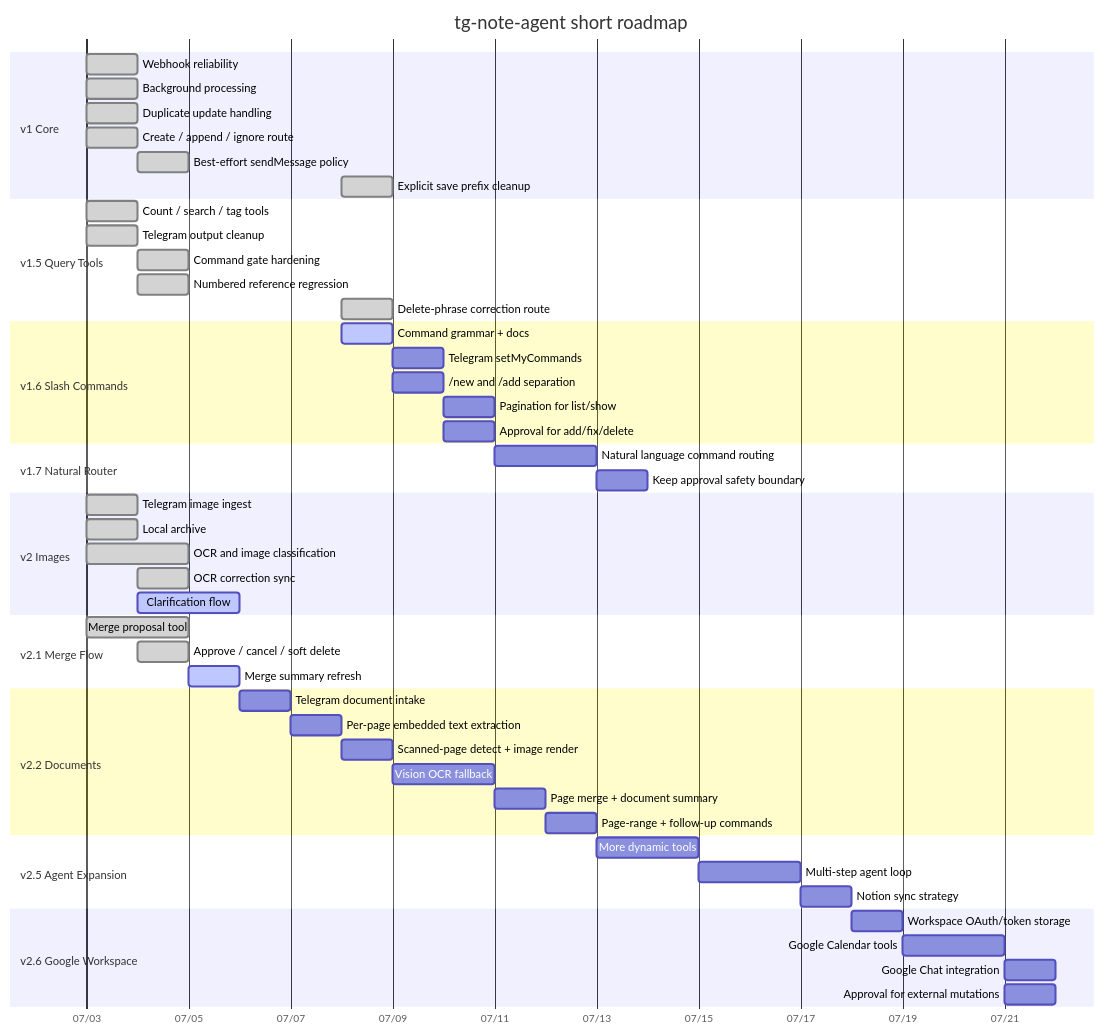
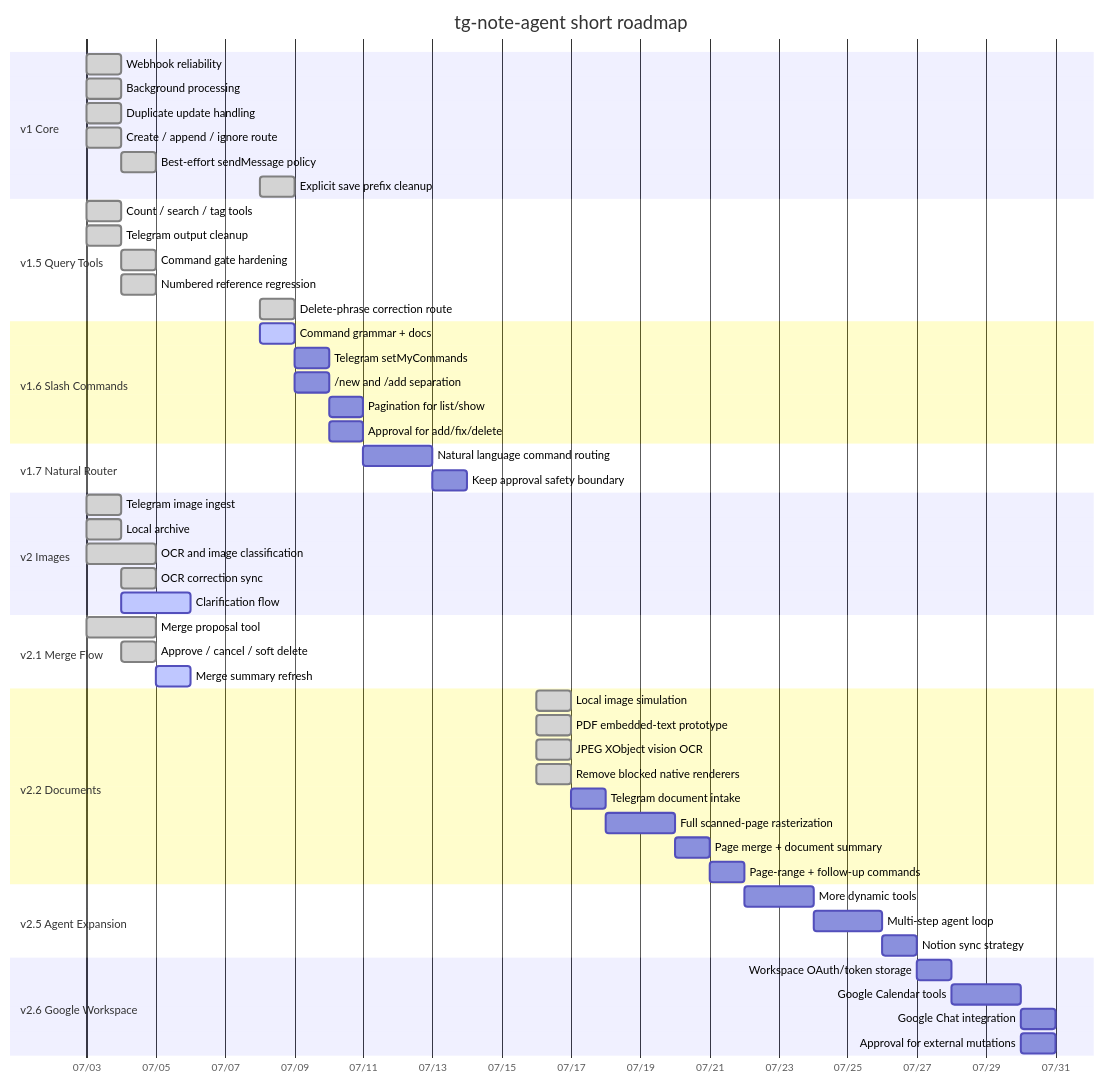
One commit to Transient-Onlooker/tg-note-agent changed the diagram in docs/ROADMAP.md. Above: the diagram before and after it, drawn with Mermaid. The commit also changed other lines of this file and 2 other files, not shown here.

Commit message:
Reflect local PDF test pipeline in diagrams

````diff
--- a/docs/ROADMAP.md
+++ b/docs/ROADMAP.md
@@ -51,63 +52,65 @@
 ```mermaid
 gantt
     title tg-note-agent short roadmap
     dateFormat  YYYY-MM-DD
     axisFormat  %m/%d
 
     section v1 Core
     Webhook reliability             :done, v1a, 2026-07-03, 1d
     Background processing           :done, v1b, 2026-07-03, 1d
     Duplicate update handling       :done, v1c, 2026-07-03, 1d
     Create / append / ignore route  :done, v1d, 2026-07-03, 1d
     Best-effort sendMessage policy  :done, v1e, 2026-07-04, 1d
     Explicit save prefix cleanup    :done, v1f, 2026-07-08, 1d
 
     section v1.5 Query Tools
     Count / search / tag tools      :done, v15a, 2026-07-03, 1d
     Telegram output cleanup         :done, v15b, 2026-07-03, 1d
     Command gate hardening          :done, v15c, 2026-07-04, 1d
     Numbered reference regression   :done, v15d, 2026-07-04, 1d
     Delete-phrase correction route  :done, v15e, 2026-07-08, 1d
 
     section v1.6 Slash Commands
     Command grammar + docs          :active, v16a, 2026-07-08, 1d
     Telegram setMyCommands          :v16b, after v16a, 1d
     /new and /add separation        :v16c, after v16a, 1d
     Pagination for list/show        :v16d, after v16b, 1d
     Approval for add/fix/delete     :v16e, after v16c, 1d
 
     section v1.7 Natural Router
     Natural language command routing:v17a, after v16e, 2d
     Keep approval safety boundary   :v17b, after v17a, 1d
 
     section v2 Images
     Telegram image ingest           :done, v2a, 2026-07-03, 1d
     Local archive                   :done, v2b, 2026-07-03, 1d
     OCR and image classification    :done, v2c, 2026-07-03, 2d
     OCR correction sync             :done, v2d, 2026-07-04, 1d
     Clarification flow              :active, v2e, 2026-07-04, 2d
 
     section v2.1 Merge Flow
     Merge proposal tool             :done, v21a, 2026-07-03, 2d
     Approve / cancel / soft delete  :done, v21b, 2026-07-04, 1d
     Merge summary refresh           :active, v21c, 2026-07-05, 1d
 
     section v2.2 Documents
-    Telegram document intake         :v22a, after v21c, 1d
-    Per-page embedded text extraction:v22b, after v22a, 1d
-    Scanned-page detect + image render:v22c, after v22b, 1d
-    Vision OCR fallback              :v22d, after v22c, 2d
-    Page merge + document summary    :v22e, after v22d, 1d
-    Page-range + follow-up commands  :v22f, after v22e, 1d
+    Local image simulation           :done, v22a, 2026-07-16, 1d
+    PDF embedded-text prototype      :done, v22b, 2026-07-16, 1d
+    JPEG XObject vision OCR          :done, v22c, 2026-07-16, 1d
+    Remove blocked native renderers  :done, v22d, 2026-07-16, 1d
+    Telegram document intake         :v22e, after v22d, 1d
+    Full scanned-page rasterization  :v22f, after v22e, 2d
+    Page merge + document summary    :v22g, after v22f, 1d
+    Page-range + follow-up commands  :v22h, after v22g, 1d
 
     section v2.5 Agent Expansion
-    More dynamic tools              :v25a, after v22f, 2d
+    More dynamic tools              :v25a, after v22h, 2d
     Multi-step agent loop           :v25b, after v25a, 2d
     Notion sync strategy            :v25c, after v25b, 1d
 
     section v2.6 Google Workspace
     Workspace OAuth/token storage   :v26a, after v25c, 1d
     Google Calendar tools           :v26b, after v26a, 2d
     Google Chat integration         :v26c, after v26b, 1d
     Approval for external mutations :v26d, after v26b, 1d
 ```
````
